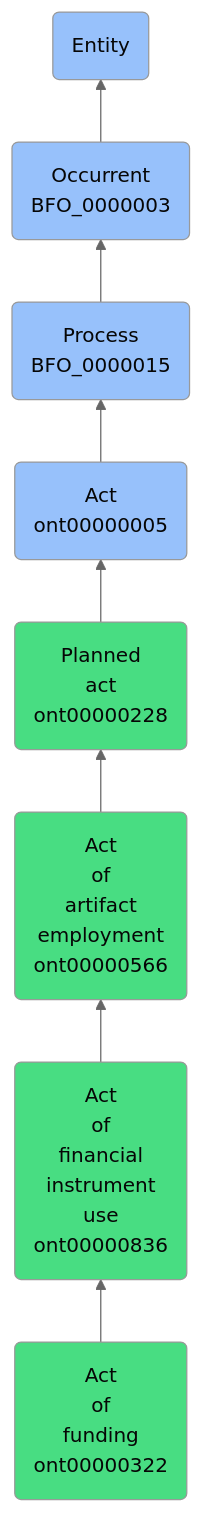
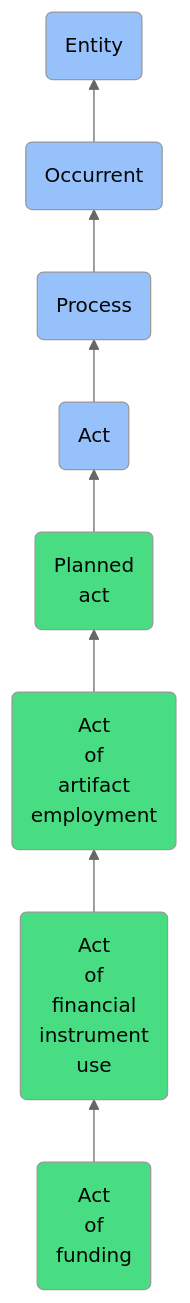
One commit to jupyter-naas/abi changed the diagram in docs/ontology/reference/model/Entity/Occurrent/Process/Act/Planned act/Act of artifact employment/Act of financial instrument use/Act of funding/Act of funding.md. Above: the diagram before and after it, drawn with Mermaid (neutral theme). The commit also changed other lines of this file and 1430 other files, not shown here.

````diff
--- a/docs/ontology/reference/model/Entity/Occurrent/Process/Act/Planned act/Act of artifact employment/Act of financial instrument use/Act of funding/Act of funding.md
+++ b/docs/ontology/reference/model/Entity/Occurrent/Process/Act/Planned act/Act of artifact employment/Act of financial instrument use/Act of funding/Act of funding.md
@@ -24,15 +24,15 @@
 ```mermaid
 graph BT
-    ont00000322(Act<br>of<br>funding<br>ont00000322):::ABI-->ont00000836
-    ont00000836(Act<br>of<br>financial<br>instrument<br>use<br>ont00000836):::ABI-->ont00000566
-    ont00000566(Act<br>of<br>artifact<br>employment<br>ont00000566):::ABI-->ont00000228
-    ont00000228(Planned<br>act<br>ont00000228):::ABI-->ont00000005
-    ont00000005(Act<br>ont00000005):::BFO-->BFO_0000015
-    BFO_0000015(Process<br>BFO_0000015):::BFO-->BFO_0000003
-    BFO_0000003(Occurrent<br>BFO_0000003):::BFO-->BFO_0000001
+    ont00000322(Act<br>of<br>funding):::ABI-->ont00000836
+    ont00000836(Act<br>of<br>financial<br>instrument<br>use):::ABI-->ont00000566
+    ont00000566(Act<br>of<br>artifact<br>employment):::ABI-->ont00000228
+    ont00000228(Planned<br>act):::ABI-->ont00000005
+    ont00000005(Act):::BFO-->BFO_0000015
+    BFO_0000015(Process):::BFO-->BFO_0000003
+    BFO_0000003(Occurrent):::BFO-->BFO_0000001
     BFO_0000001(Entity):::BFO
     
     classDef BFO fill:#97c1fb,color:#060606
     classDef CCO fill:#e4c51e,color:#060606
     classDef ABI fill:#48DD82,color:#060606
 ```
````
